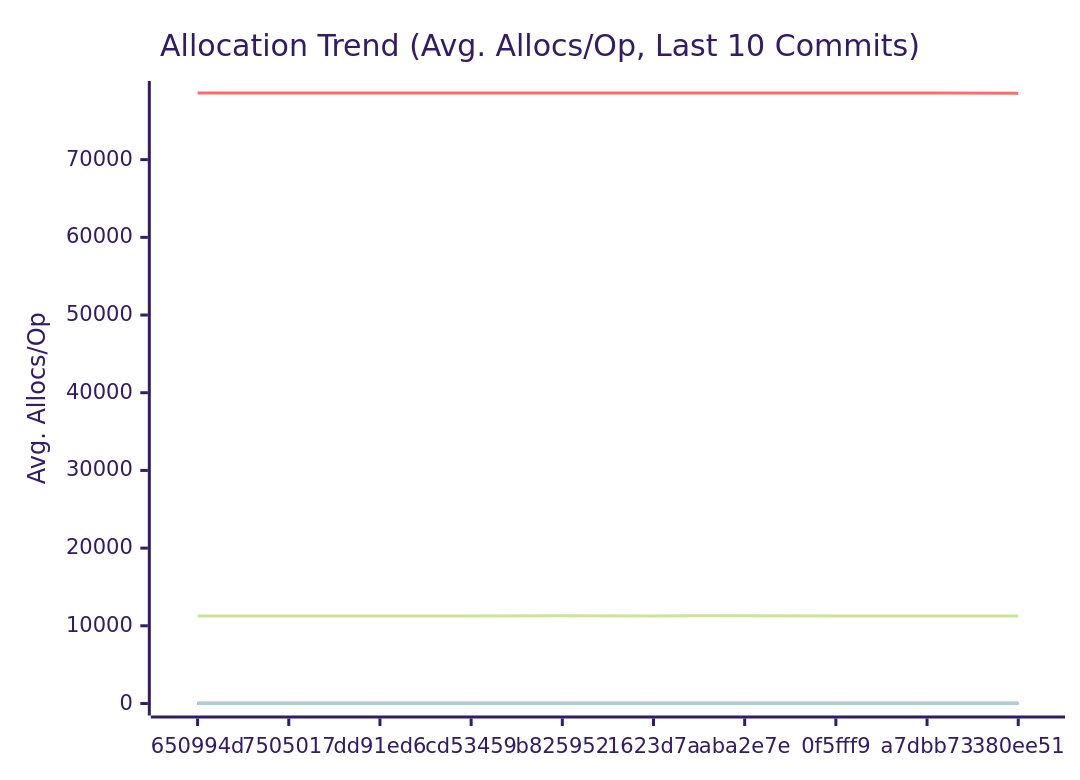
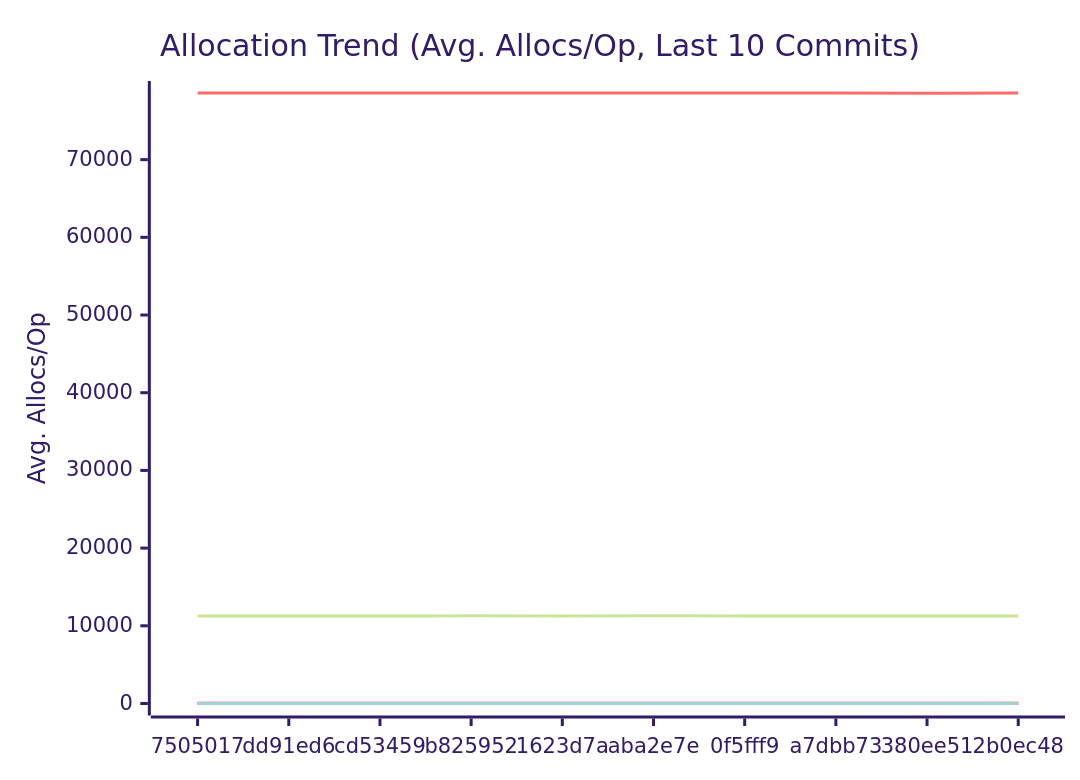
The third of 3 diagrams in docs/PERFORMANCE.md (alsotoes/momo), drawn with Mermaid (forest theme) before and after one commit. The commit also changed other lines of this file and 2 other files, not shown here.

````diff
--- a/docs/PERFORMANCE.md
+++ b/docs/PERFORMANCE.md
@@ -197,20 +197,20 @@
 ```mermaid
 xychart-beta
     title "Allocation Trend (Avg. Allocs/Op, Last 10 Commits)"
     x-axis "Commit"
     y-axis "Avg. Allocs/Op"
-    x-axis [650994d,7505017,dd91ed6,cd53459,b825952,1623d7a,aba2e7e,0f5fff9,a7dbb73,380ee51]
-    line "AWSChunkedReaderSigned" [11274,11278,11271,11265,11282,11278,11284,11272,11270,11273]
-    line "AWSChunkedReaderUnsigned" [78571,78563,78564,78564,78577,78562,78561,78569,78563,78558]
+    x-axis [7505017,dd91ed6,cd53459,b825952,1623d7a,aba2e7e,0f5fff9,a7dbb73,380ee51,2b0ec48]
+    line "AWSChunkedReaderSigned" [11278,11271,11265,11282,11278,11284,11272,11270,11273,11273]
+    line "AWSChunkedReaderUnsigned" [78563,78564,78564,78577,78562,78561,78569,78563,78558,78562]
     line "CheckMetricsAndSwap" [0,0,0,0,0,0,0,0,0,0]
     line "CrushOptimized" [0,0,0,0,0,0,0,0,0,0]
     line "CrushOriginal" [3,3,3,3,3,3,3,3,3,3]
     line "IndexDirectTracking" [0,0,0,0,0,0,0,0,0,0]
     line "IndexSearch" [0,0,0,0,0,0,0,0,0,0]
     line "LoadGlobalConfig" [54,54,54,54,54,54,54,54,54,54]
     line "PadString" [1,1,1,1,1,1,1,1,1,1]
     line "ParseReplicationOrder_NoPrealloc" [6,6,6,6,6,5,5,5,5,5]
     line "ParseReplicationOrder_Prealloc" [2,2,2,2,2,1,1,1,1,1]
     line "SanitizeLog/Safe" [0,0,0,0,0,0,0,0,0,0]
     line "SanitizeLog/Unsafe" [1,1,1,1,1,1,1,1,1,1]
 ```
````
